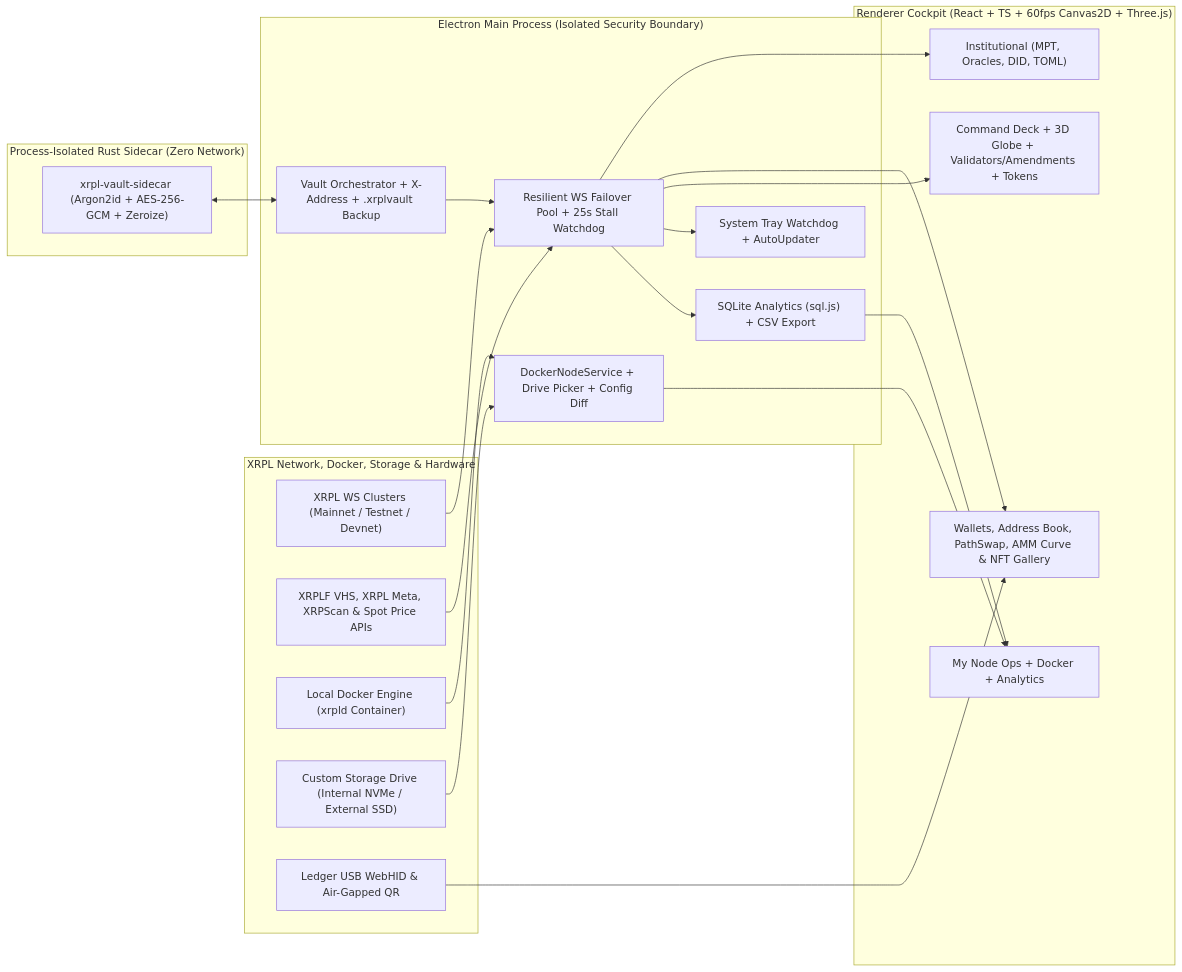
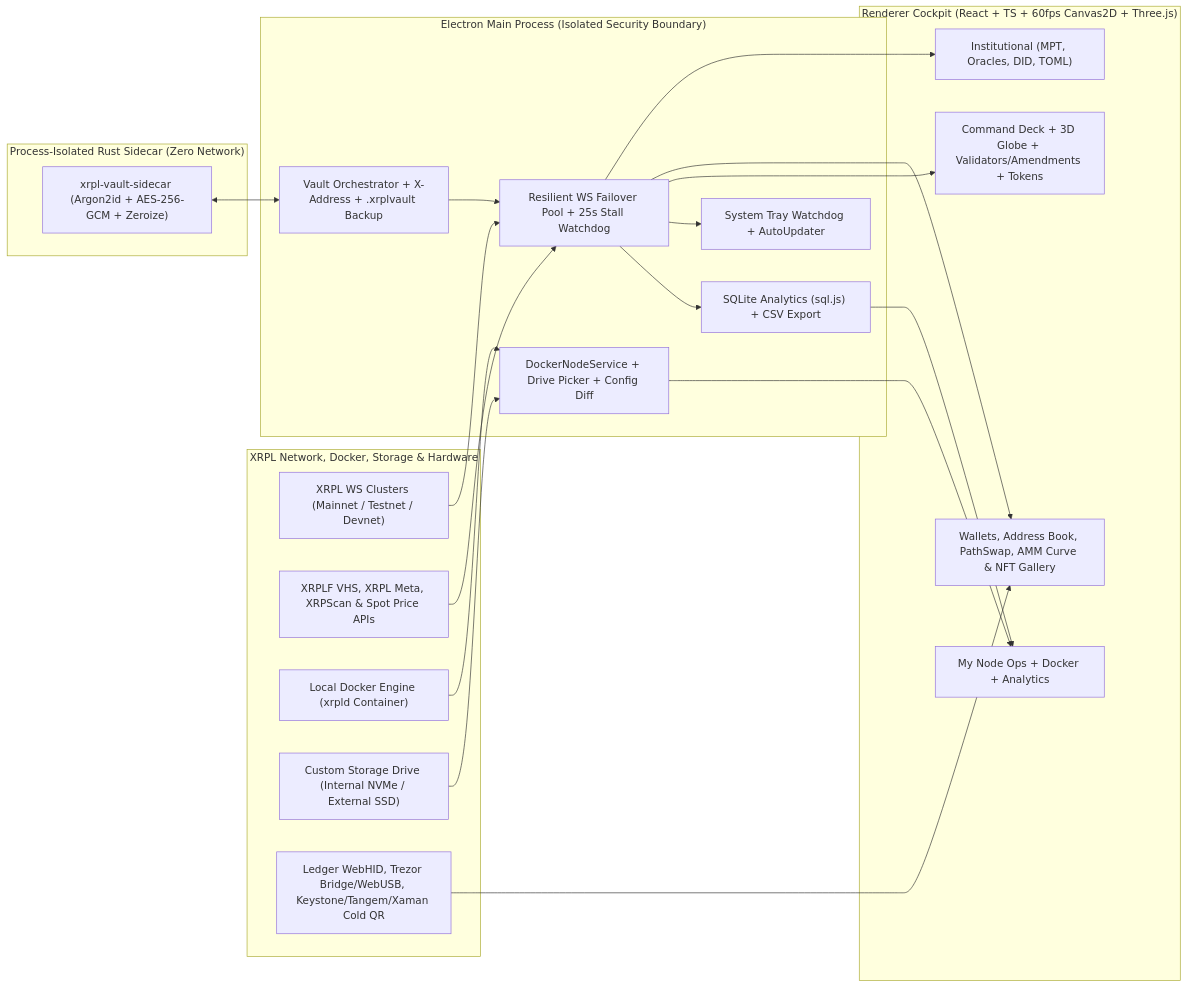
The diagram in README.md (petebiggam357/xrpl-command-center), drawn with Mermaid before and after one commit. The commit also changed other lines of this file and 1 other file, not shown here.

````diff
--- a/README.md
+++ b/README.md
@@ -41,44 +41,44 @@
 ```mermaid
 flowchart LR
   subgraph EXT["XRPL Network, Docker, Storage & Hardware"]
     PUB["XRPL WS Clusters (Mainnet / Testnet / Devnet)"]
     VHS["XRPLF VHS, XRPL Meta, XRPScan & Spot Price APIs"]
     DOCKER["Local Docker Engine (xrpld Container)"]
     DRIVE["Custom Storage Drive (Internal NVMe / External SSD)"]
-    HW["Ledger USB WebHID & Air-Gapped QR"]
+    HW["Ledger WebHID, Trezor Bridge/WebUSB, Keystone/Tangem/Xaman Cold QR"]
   end
 
   subgraph RUST["Process-Isolated Rust Sidecar (Zero Network)"]
     RV["xrpl-vault-sidecar (Argon2id + AES-256-GCM + Zeroize)"]
   end
 
   subgraph MAIN["Electron Main Process (Isolated Security Boundary)"]
     STREAM["Resilient WS Failover Pool + 25s Stall Watchdog"]
     VAULT["Vault Orchestrator + X-Address + .xrplvault Backup"]
     DOCKSVC["DockerNodeService + Drive Picker + Config Diff"]
     SQL["SQLite Analytics (sql.js) + CSV Export"]
     TRAY["System Tray Watchdog + AutoUpdater"]
   end
 
   subgraph UI["Renderer Cockpit (React + TS + 60fps Canvas2D + Three.js)"]
     DECK["Command Deck + 3D Globe + Validators/Amendments + Tokens"]
     WALLET["Wallets, Address Book, PathSwap, AMM Curve & NFT Gallery"]
     PRIM["Institutional (MPT, Oracles, DID, TOML)"]
     NODE["My Node Ops + Docker + Analytics"]
   end
 
   PUB --> STREAM
   VHS --> STREAM
   DOCKER --> DOCKSVC
   DRIVE --> DOCKSVC
   HW --> WALLET
   RV <--> VAULT
   STREAM --> SQL
   STREAM --> TRAY
   VAULT --> STREAM
   STREAM --> DECK
   STREAM --> WALLET
   STREAM --> PRIM
   DOCKSVC --> NODE
   SQL --> NODE
 ```
````
